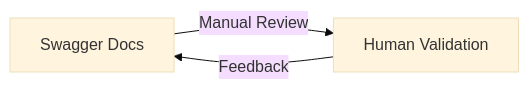
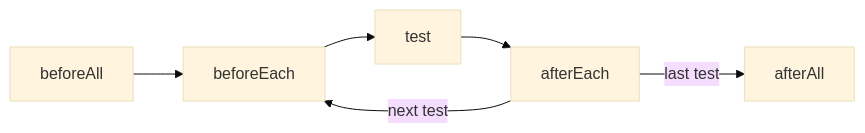
The first of 2 diagrams in api.md (Ghislain89/ghislain.dev), drawn with Mermaid (base theme) before and after one commit. The commit also changed other lines of this file and 5 other files, not shown here.

````diff
--- a/api.md
+++ b/api.md
@@ -275,6 +459,6 @@
 ```mermaid
 flowchart LR
-    A[Swagger Docs]
-    A -->|Manual Review| E[Human Validation]
-    E -->|Feedback| A
+    A[beforeAll] --> B[beforeEach] --> C[test] --> D[afterEach]
+    D -->|next test| B
+    D -->|last test| E[afterAll]
 ```
````
